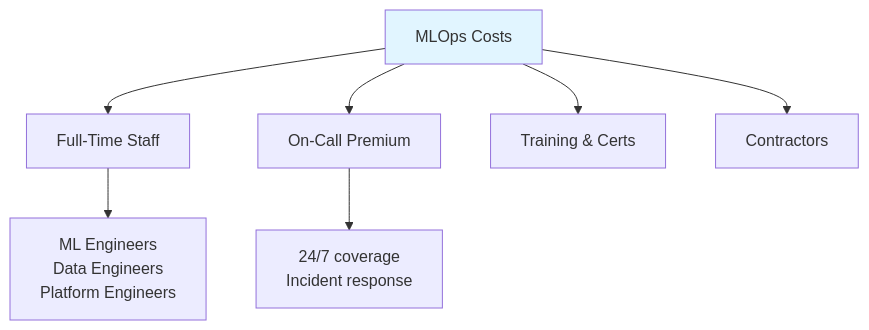
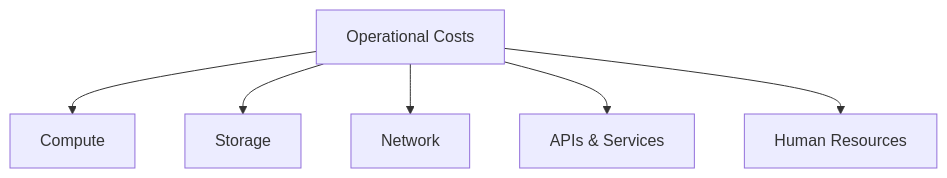
The diagram in 30-39 Strategy_Architecture/32_Cost_Management/32.02 Operational Costs.md (LCKYN/LCKYN-KnowledgeBase), drawn with Mermaid before and after one commit. The commit also changed other lines of this file and 17 other files, not shown here.

````diff
--- a/30-39 Strategy_Architecture/32_Cost_Management/32.02 Operational Costs.md
+++ b/30-39 Strategy_Architecture/32_Cost_Management/32.02 Operational Costs.md
@@ -524,12 +13,8 @@
 ```mermaid
 graph TB
-    A[MLOps Costs] --> B[Full-Time Staff]
-    A --> C[On-Call Premium]
-    A --> D[Training & Certs]
-    A --> E[Contractors]
-
-    B --> F["ML Engineers<br/>Data Engineers<br/>Platform Engineers"]
-    C --> G["24/7 coverage<br/>Incident response"]
-
-    style A fill:#e1f5ff
+    A[Operational Costs] --> B[Compute]
+    A --> C[Storage]
+    A --> D[Network]
+    A --> E[APIs & Services]
+    A --> F[Human Resources]
 ```
````
